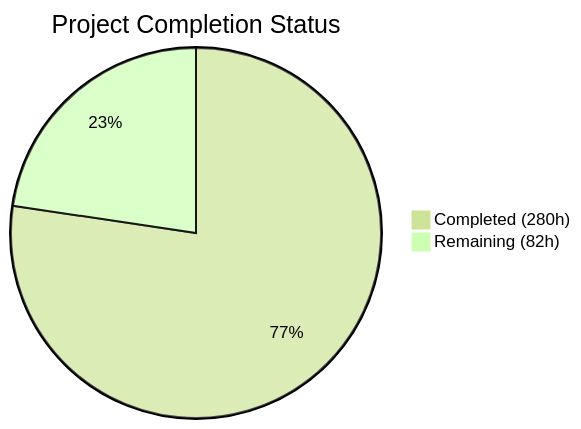
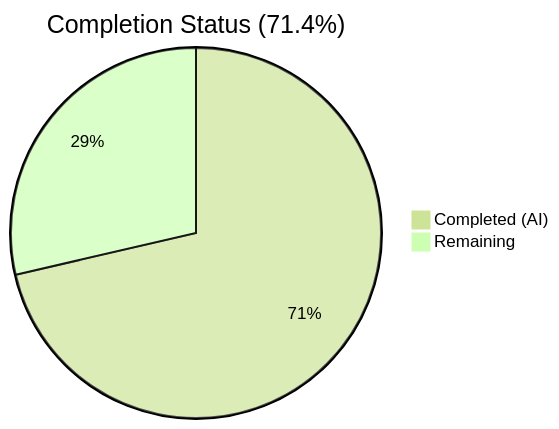
Before and after one commit to Blitzy-Sandbox/blitzy-SplendidCRM: the first of 3 diagrams in blitzy/documentation/Project Guide.md, drawn with Mermaid (forest theme). The commit also changed other lines of this file, not shown here.

Commit message:
Adding Blitzy Project Guide: Project Status and Human Tasks Remaining

````diff
--- a/blitzy/documentation/Project Guide.md
+++ b/blitzy/documentation/Project Guide.md
@@ -22,5 +18,5 @@
 ```mermaid
-pie title Project Completion Status
-    "Completed (280h)" : 280
-    "Remaining (82h)" : 82
+pie title Completion Status (71.4%)
+    "Completed (AI)" : 217
+    "Remaining" : 87
 ```
````
